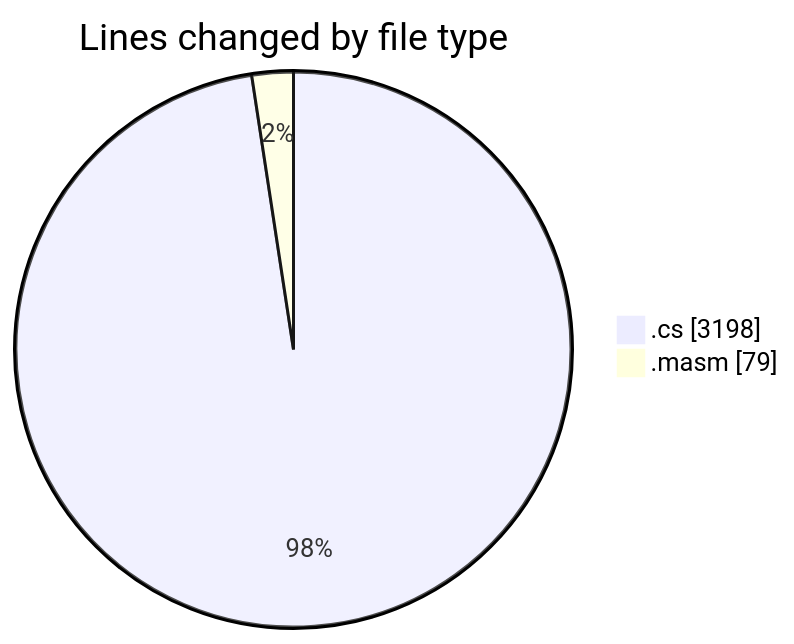
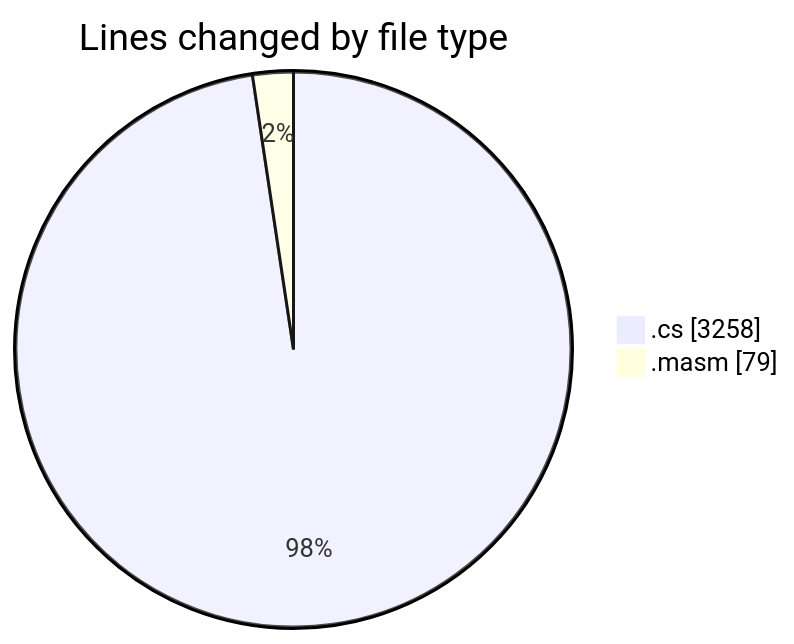
Before and after one commit to charlie-sans/code-tracking: the first of 2 diagrams in 2025-03-17/sharpmasm/README.md, drawn with Mermaid. The commit also changed other lines of this file and 1 other file, not shown here.

````diff
--- a/2025-03-17/sharpmasm/README.md
+++ b/2025-03-17/sharpmasm/README.md
@@ -26,6 +26,6 @@
 ```mermaid
 pie showData
 title Lines changed by file type
-".cs" : 3198
+".cs" : 3258
 ".masm" : 79
 ```
````
